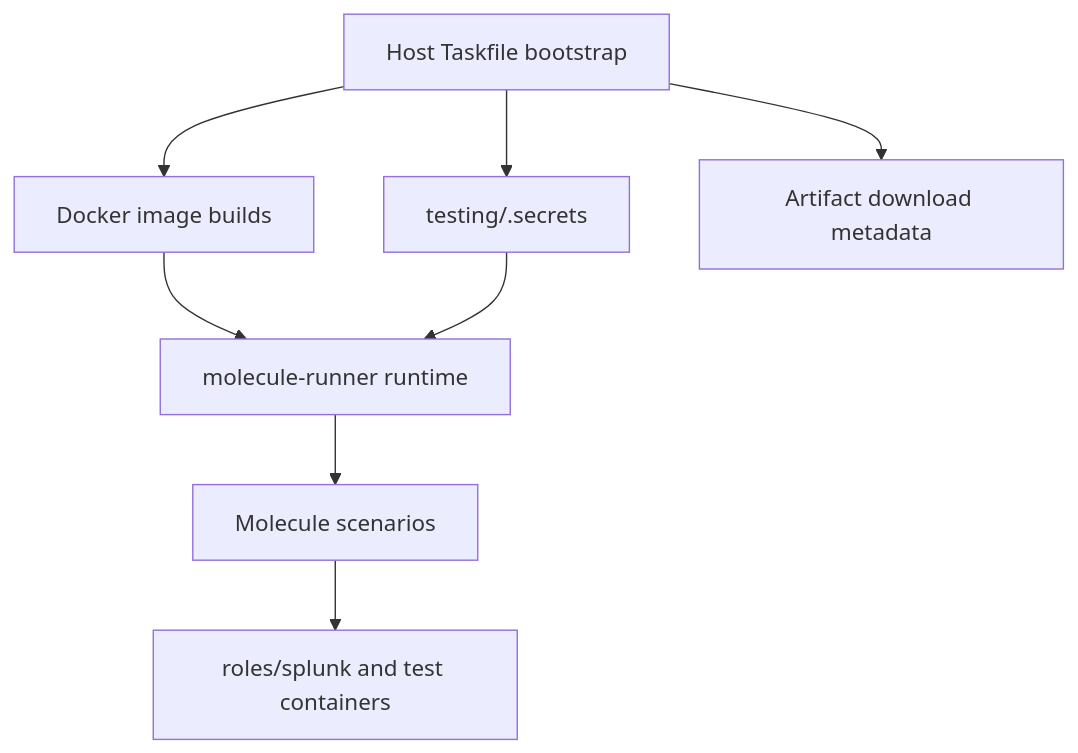
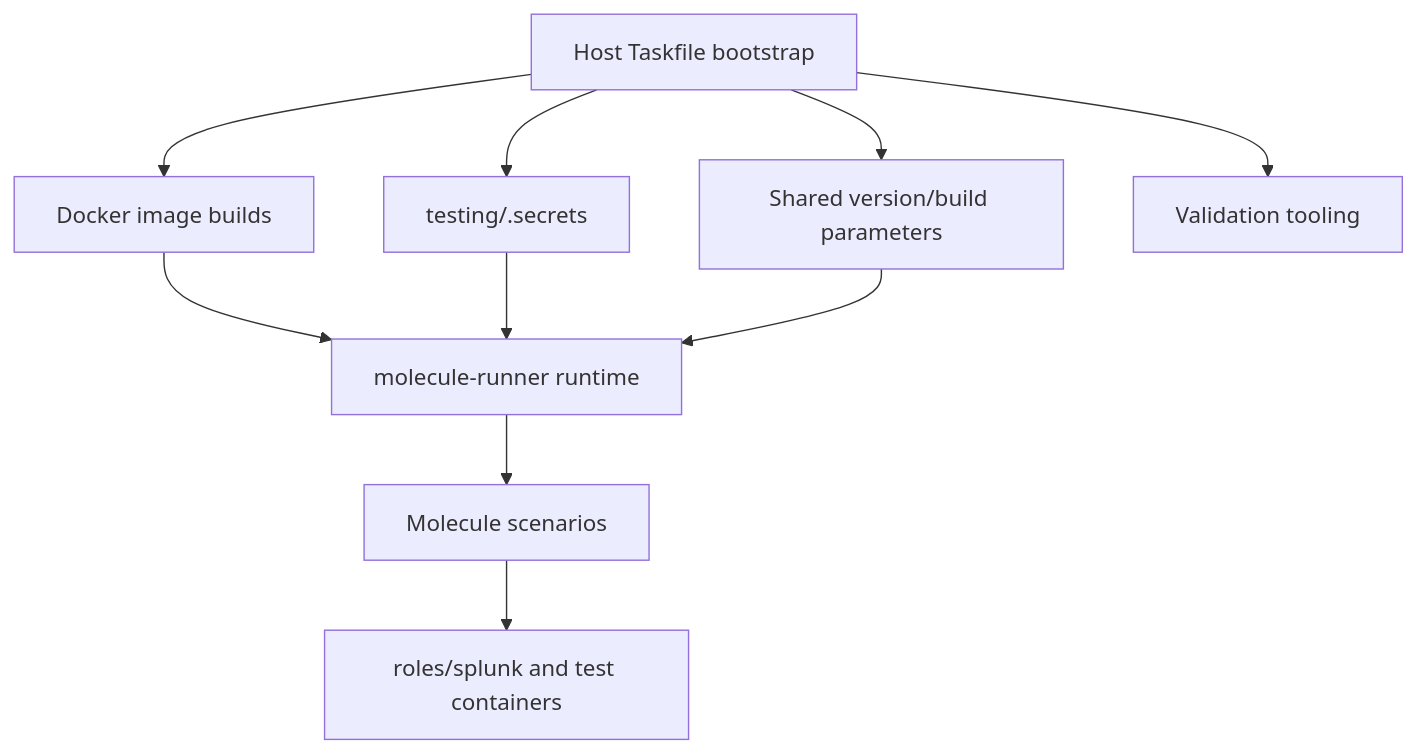
The first of 2 diagrams in .kiro/specs/pr-252-review-fixes/design.md (kundeng/ansible-role-for-splunk), drawn with Mermaid before and after one commit. The commit also changed other lines of this file and 16 other files, not shown here.

First line of the commit message:
docs(pr-252-review-fixes): align spec to containerized harness architecture

````diff
--- a/.kiro/specs/pr-252-review-fixes/design.md
+++ b/.kiro/specs/pr-252-review-fixes/design.md
@@ -22,10 +28,12 @@
 ```mermaid
 graph TD
     A[Host Taskfile bootstrap] --> B[testing/.secrets]
     A --> C[Docker image builds]
-    A --> D[Artifact download metadata]
-    C --> E[molecule-runner runtime]
-    B --> E
-    E --> F[Molecule scenarios]
-    F --> G[roles/splunk and test containers]
+    A --> D[Shared version/build parameters]
+    A --> E[Validation tooling]
+    C --> F[molecule-runner runtime]
+    B --> F
+    D --> F
+    F --> G[Molecule scenarios]
+    G --> H[roles/splunk and test containers]
 ```
````
